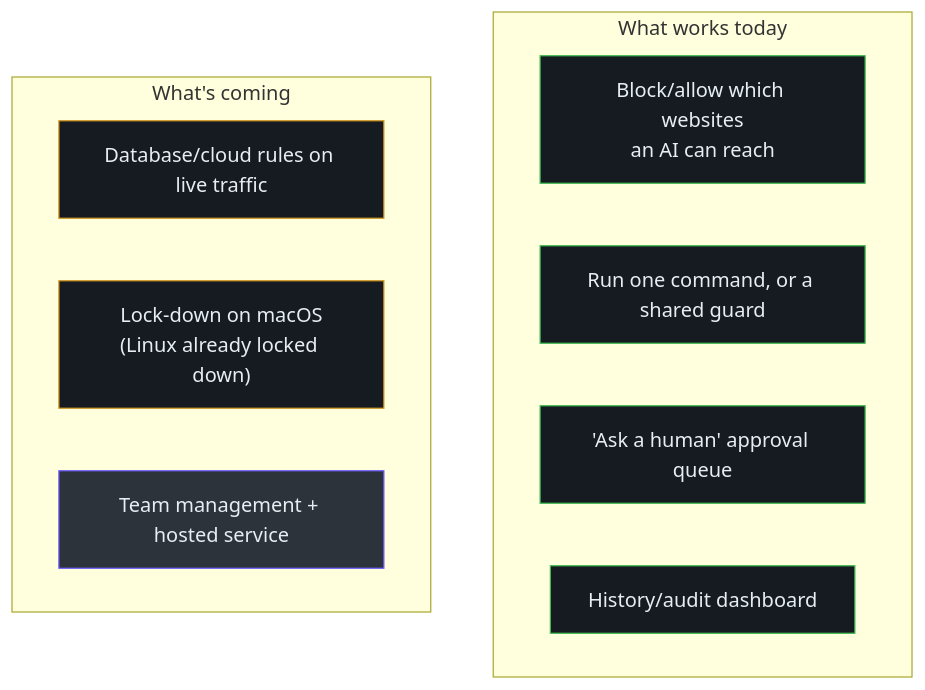
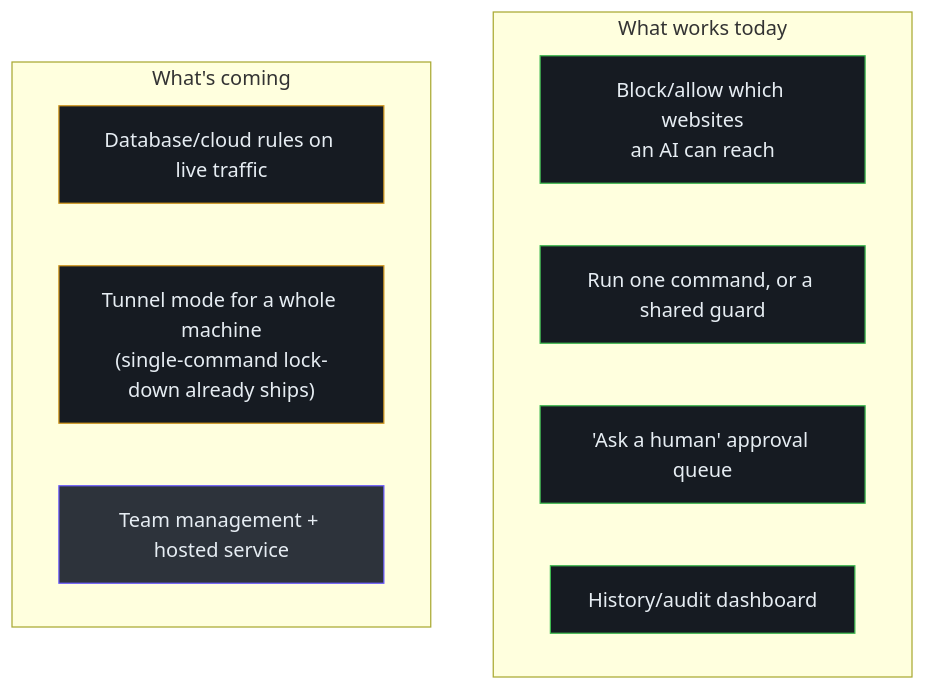
One commit to pleaseai/honmoon changed the second of 2 diagrams in wiki/onboarding/product-manager-guide.md. Above: the diagram before and after it, drawn with Mermaid. The commit also changed other lines of this file and 17 other files, not shown here.

````diff
--- a/wiki/onboarding/product-manager-guide.md
+++ b/wiki/onboarding/product-manager-guide.md
@@ -66,21 +66,21 @@
 ```mermaid
 flowchart TB
   subgraph today["What works today"]
     t1["Block/allow which websites<br>an AI can reach"]
     t4["Run one command, or a shared guard"]
     t5["'Ask a human' approval queue"]
     t6["History/audit dashboard"]
   end
   subgraph soon["What's coming"]
     s2["Database/cloud rules on live traffic"]
-    s3["Lock-down on macOS<br>(Linux already locked down)"]
+    s3["Tunnel mode for a whole machine<br>(single-command lock-down already ships)"]
     s4["Team management + hosted service"]
   end
   style t1 fill:#161b22,stroke:#3fb950,color:#e6edf3
   style t4 fill:#161b22,stroke:#3fb950,color:#e6edf3
   style t5 fill:#161b22,stroke:#3fb950,color:#e6edf3
   style t6 fill:#161b22,stroke:#3fb950,color:#e6edf3
   style s2 fill:#161b22,stroke:#d29922,color:#e6edf3
   style s3 fill:#161b22,stroke:#d29922,color:#e6edf3
   style s4 fill:#2d333b,stroke:#6d5dfc,color:#e6edf3
 ```
````
